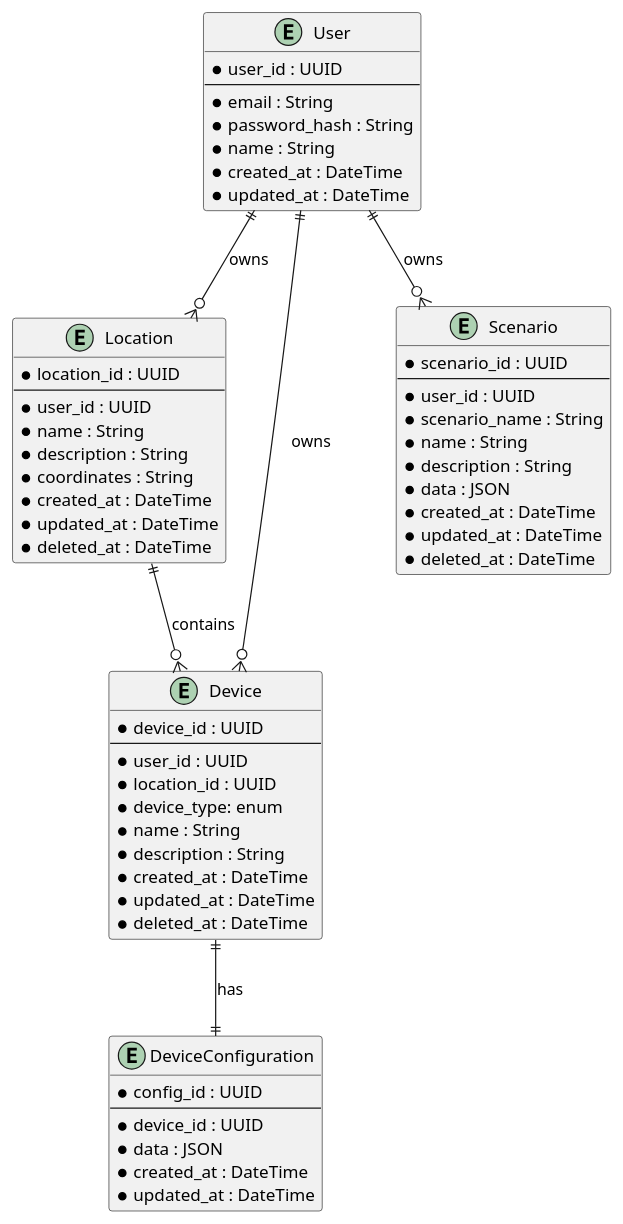
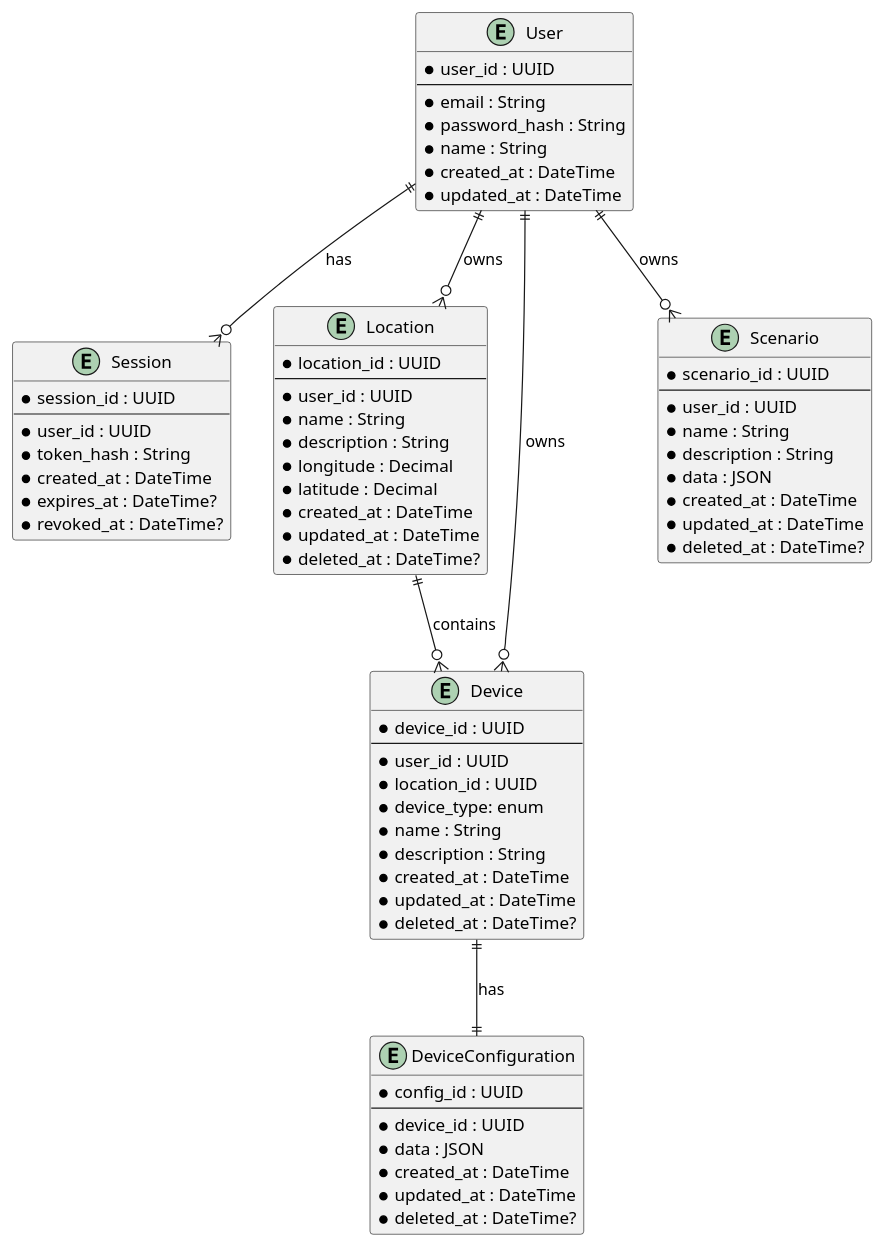
Before and after one commit to dengaleev/practicum-warmhouse: the diagram in docs/entity_relationship.puml, drawn with PlantUML. The commit also changed 2 other files, not shown here.

```diff
--- a/docs/entity_relationship.puml
+++ b/docs/entity_relationship.puml
@@ -1,69 +1,79 @@
 @startuml
 
 entity "User" as User {
   * user_id : UUID
   --
   * email : String
   * password_hash : String
   * name : String
   * created_at : DateTime
   * updated_at : DateTime
 }
 
+entity "Session" as Session {
+  * session_id : UUID
+  --
+  * user_id : UUID
+  * token_hash : String
+  * created_at : DateTime
+  * expires_at : DateTime?
+  * revoked_at : DateTime?
+}
+
 entity "Location" as Location {
   * location_id : UUID
   --
   * user_id : UUID
   * name : String
   * description : String
-  * coordinates : String
+  * longitude : Decimal
+  * latitude : Decimal
   * created_at : DateTime
   * updated_at : DateTime
-  * deleted_at : DateTime
+  * deleted_at : DateTime?
 }
 
 entity "Device" as Device {
   * device_id : UUID
   --
   * user_id : UUID
   * location_id : UUID
   * device_type: enum
   * name : String
   * description : String
   * created_at : DateTime
   * updated_at : DateTime
-  * deleted_at : DateTime
+  * deleted_at : DateTime?
 }
 
 entity "DeviceConfiguration" as DeviceConfiguration {
     * config_id : UUID
     --
     * device_id : UUID
     * data : JSON
     * created_at : DateTime
     * updated_at : DateTime
+    * deleted_at : DateTime?
 }
 
 entity "Scenario" as Scenario {
     * scenario_id : UUID
     --
     * user_id : UUID
-    * scenario_name : String
     * name : String
     * description : String
     * data : JSON
     * created_at : DateTime
     * updated_at : DateTime
-    * deleted_at : DateTime
+    * deleted_at : DateTime?
 }
 
+User ||--o{ Session : "has"
 User ||--o{ Location : "owns"
 User ||--o{ Device : "owns"
 User ||--o{ Scenario : "owns"
 
 Location ||--o{ Device : "contains"
-
 Device ||--|| DeviceConfiguration : "has"
 
-
 @enduml
```
